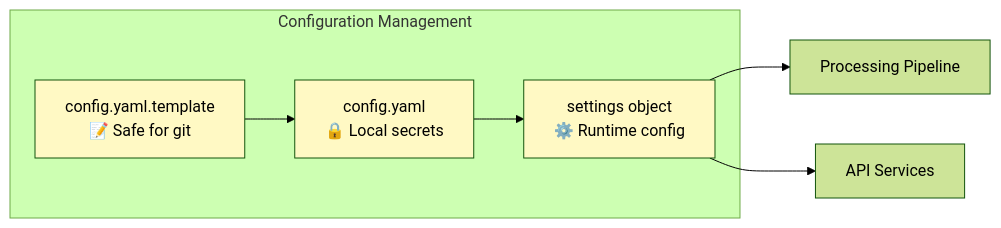
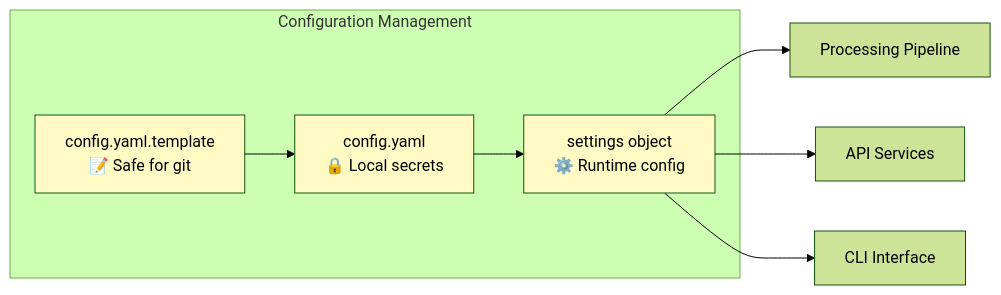
The third of 4 diagrams in backend/docs/ARCHITECTURE.md (AbhiramDwivedi/docrag), drawn with Mermaid (forest theme) before and after one commit. The commit also changed other lines of this file, not shown here.

Commit message:
Fix architecture paths, components, and data flow

````diff
--- a/backend/docs/ARCHITECTURE.md
+++ b/backend/docs/ARCHITECTURE.md
@@ -258,16 +265,17 @@
 ```mermaid
 graph LR
     subgraph "Configuration Management"
         Template[config.yaml.template<br/>📝 Safe for git]
         Config[config.yaml<br/>🔒 Local secrets]
         Settings[settings object<br/>⚙️ Runtime config]
     end
     
     Template --> Config
     Config --> Settings
     Settings --> Pipeline[Processing Pipeline]
     Settings --> API[API Services]
+    Settings --> CLI[CLI Interface]
     
     classDef config fill:#fff9c4
     class Template,Config,Settings config
 ```
````
